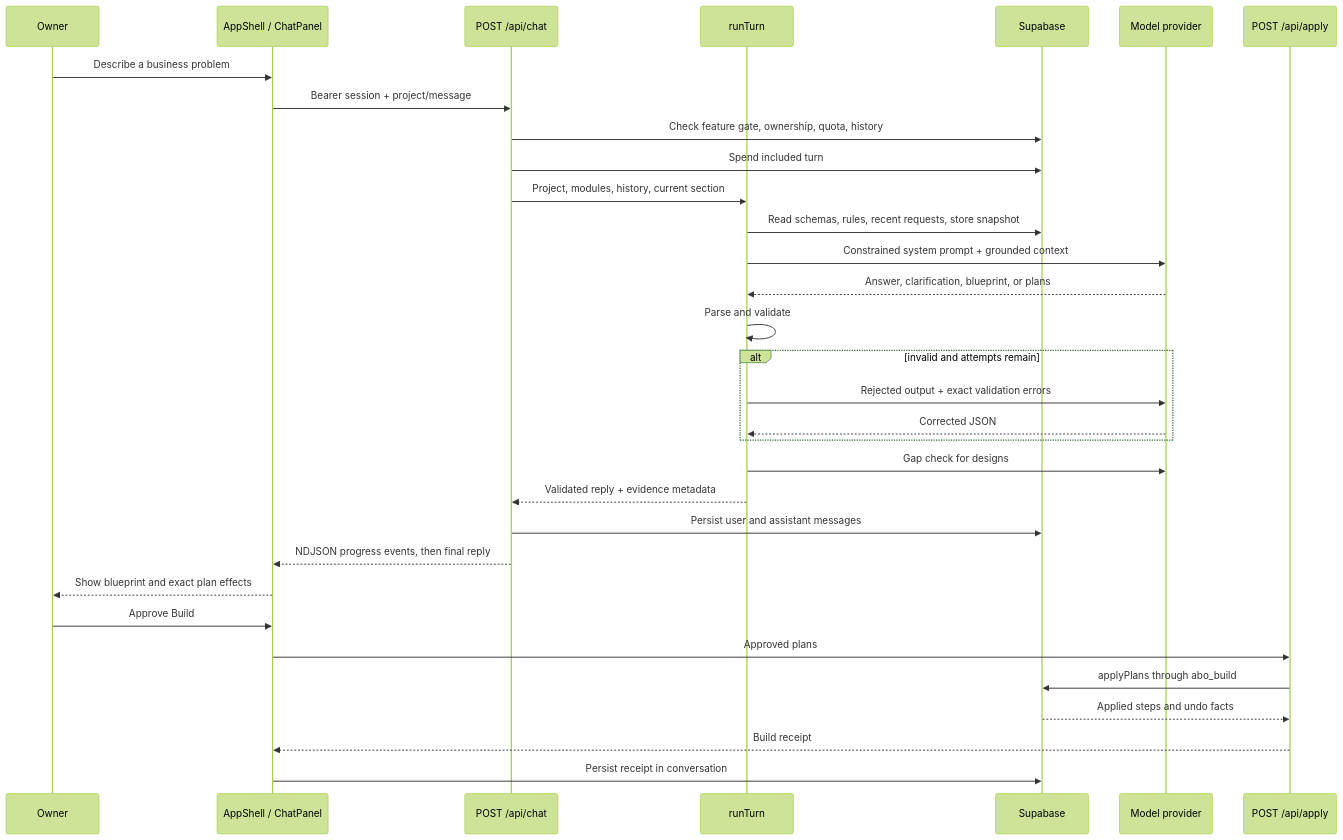
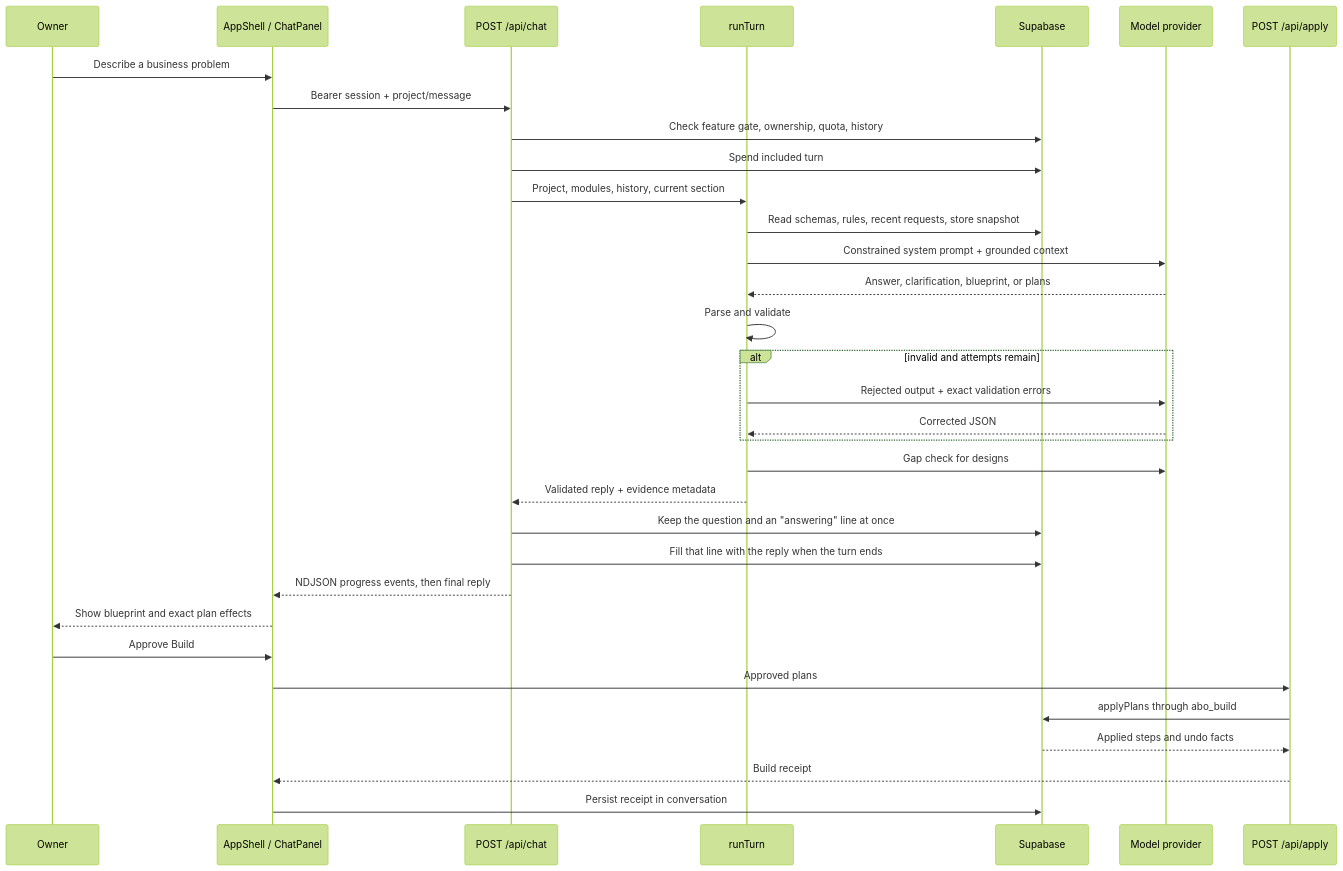
Before and after one commit to warmlukecore/warmluke: the first of 5 diagrams in docs/architecture/runtime-flows.md, drawn with Mermaid (forest theme). The commit also changed other lines of this file and 9 other files, not shown here.

````diff
--- a/docs/architecture/runtime-flows.md
+++ b/docs/architecture/runtime-flows.md
@@ -5,35 +5,36 @@
 ```mermaid
 sequenceDiagram
     participant O as Owner
     participant UI as AppShell / ChatPanel
     participant Chat as POST /api/chat
     participant Engine as runTurn
     participant DB as Supabase
     participant Model as Model provider
     participant Apply as POST /api/apply
 
     O->>UI: Describe a business problem
     UI->>Chat: Bearer session + project/message
     Chat->>DB: Check feature gate, ownership, quota, history
     Chat->>DB: Spend included turn
     Chat->>Engine: Project, modules, history, current section
     Engine->>DB: Read schemas, rules, recent requests, store snapshot
     Engine->>Model: Constrained system prompt + grounded context
     Model-->>Engine: Answer, clarification, blueprint, or plans
     Engine->>Engine: Parse and validate
     alt invalid and attempts remain
         Engine->>Model: Rejected output + exact validation errors
         Model-->>Engine: Corrected JSON
     end
     Engine->>Model: Gap check for designs
     Engine-->>Chat: Validated reply + evidence metadata
-    Chat->>DB: Persist user and assistant messages
+    Chat->>DB: Keep the question and an "answering" line at once
+    Chat->>DB: Fill that line with the reply when the turn ends
     Chat-->>UI: NDJSON progress events, then final reply
     UI-->>O: Show blueprint and exact plan effects
     O->>UI: Approve Build
     UI->>Apply: Approved plans
     Apply->>DB: applyPlans through abo_build
     DB-->>Apply: Applied steps and undo facts
     Apply-->>UI: Build receipt
     UI->>DB: Persist receipt in conversation
 ```
````
